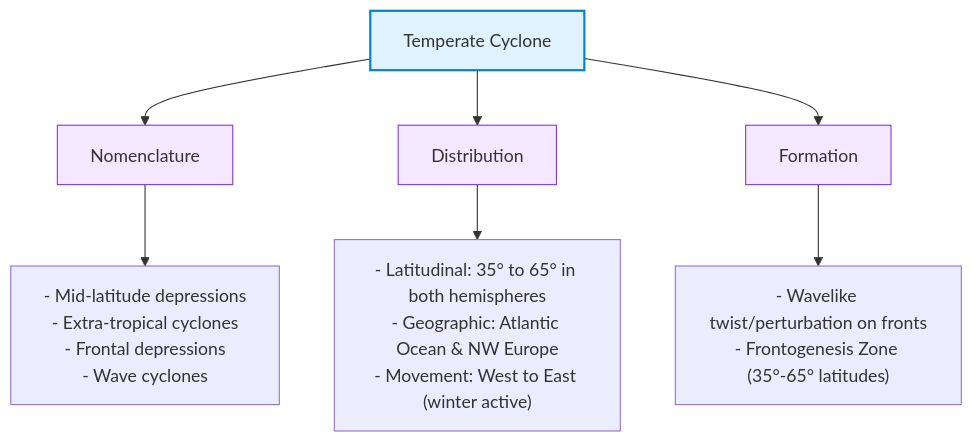
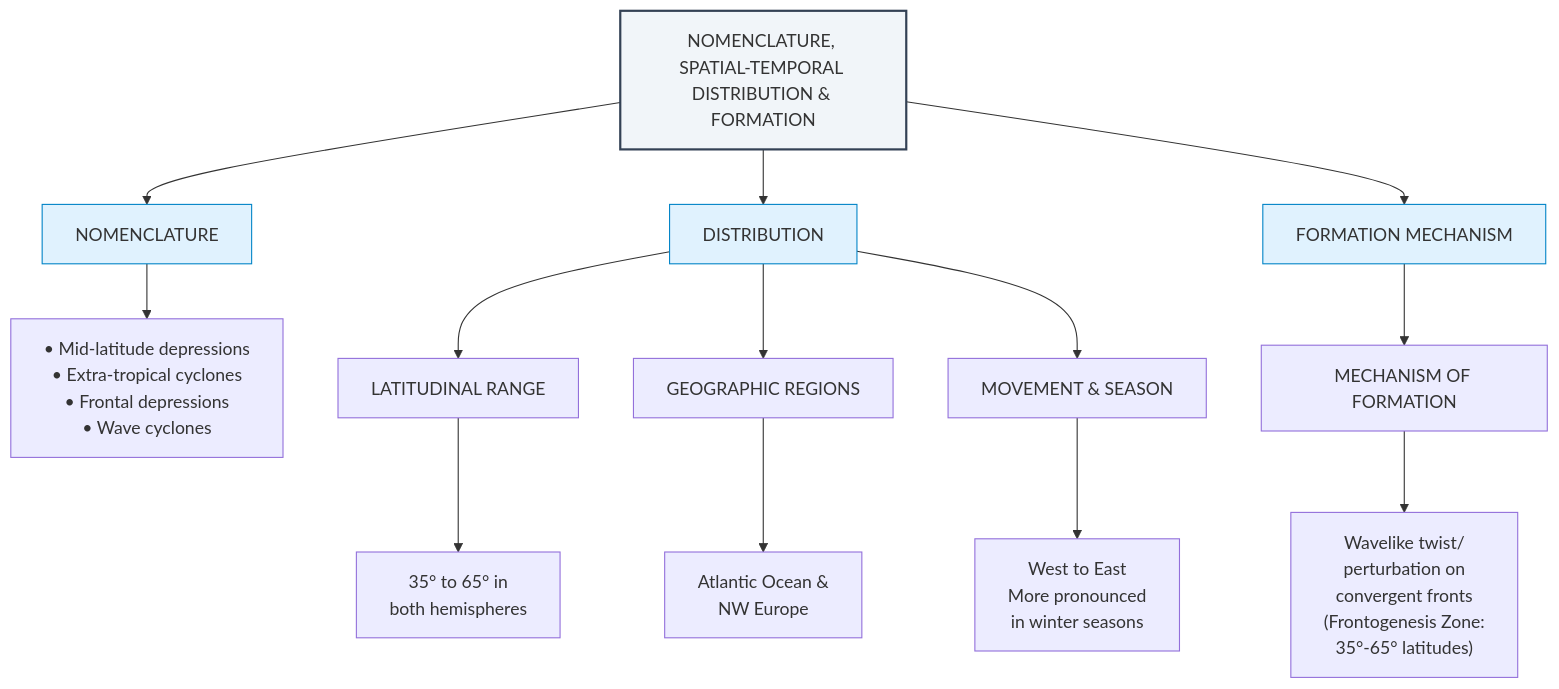
The first of 6 diagrams in content/climatology/Temperate Cyclone.md (ayushhacksethically-code/TERRALUXwiki), drawn with Mermaid before and after one commit. The commit also changed other lines of this file, not shown here.

Commit message:
Make Temperate Cyclone Mermaid flowcharts completely match ASCII content word-for-word

```diff
--- a/content/climatology/Temperate Cyclone.md
+++ b/content/climatology/Temperate Cyclone.md
@@ -9,17 +9,25 @@
     <div class="mermaid">
     flowchart TD
-        A[Temperate Cyclone] --> B[Nomenclature]
-        A --> C[Distribution]
-        A --> D[Formation]
+        Title[NOMENCLATURE, SPATIAL-TEMPORAL DISTRIBUTION & FORMATION]
+        Title --> N[NOMENCLATURE]
+        Title --> D[DISTRIBUTION]
+        Title --> FM[FORMATION MECHANISM]
 
-        B --> B1["- Mid-latitude depressions<br>- Extra-tropical cyclones<br>- Frontal depressions<br>- Wave cyclones"]
-        
-        C --> C1["- Latitudinal: 35° to 65° in both hemispheres<br>- Geographic: Atlantic Ocean & NW Europe<br>- Movement: West to East (winter active)"]
-        
-        D --> D1["- Wavelike twist/perturbation on fronts<br>- Frontogenesis Zone (35°-65° latitudes)"]
+        N --> N_Bullets["• Mid-latitude depressions<br>• Extra-tropical cyclones<br>• Frontal depressions<br>• Wave cyclones"]
 
-        style A fill:#e0f2fe,stroke:#0284c7,stroke-width:2px
-        style B fill:#f3e8ff,stroke:#7c3aed,stroke-width:1px
-        style C fill:#f3e8ff,stroke:#7c3aed,stroke-width:1px
-        style D fill:#f3e8ff,stroke:#7c3aed,stroke-width:1px
+        D --> D_Lat[LATITUDINAL RANGE]
+        D --> D_Geo[GEOGRAPHIC REGIONS]
+        D --> D_Mov[MOVEMENT & SEASON]
+
+        D_Lat --> D_Lat_Text["35° to 65° in<br>both hemispheres"]
+        D_Geo --> D_Geo_Text["Atlantic Ocean &<br>NW Europe"]
+        D_Mov --> D_Mov_Text["West to East<br>More pronounced<br>in winter seasons"]
+
+        FM --> FM_Mech[MECHANISM OF FORMATION]
+        FM_Mech --> FM_Mech_Text["Wavelike twist/<br>perturbation on<br>convergent fronts<br>(Frontogenesis Zone:<br>35°-65° latitudes)"]
+
+        style Title fill:#f1f5f9,stroke:#334155,stroke-width:2px
+        style N fill:#e0f2fe,stroke:#0284c7,stroke-width:1px
+        style D fill:#e0f2fe,stroke:#0284c7,stroke-width:1px
+        style FM fill:#e0f2fe,stroke:#0284c7,stroke-width:1px
     </div>
```
